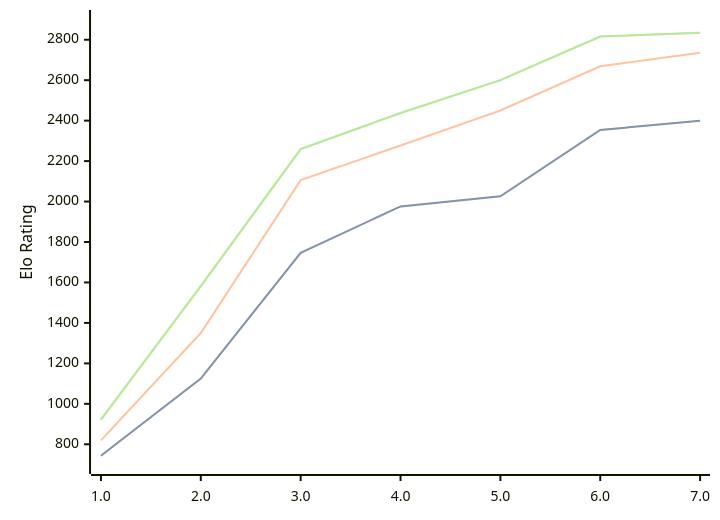
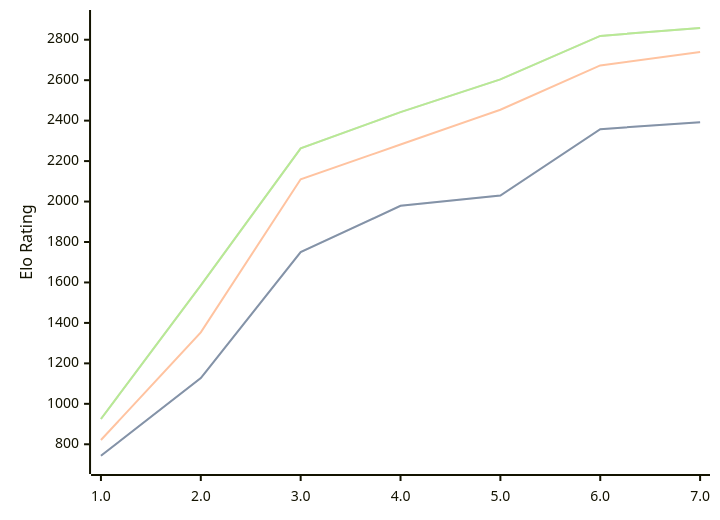
One commit to computer-chess-index/cci changed the diagram in engines/Pea.md. Above: the diagram before and after it, drawn with Mermaid. The commit also changed other lines of this file, not shown here.

Commit message:
Update CCI Ratings (ELO VLTC) - 2026-05-02

````diff
--- a/engines/Pea.md
+++ b/engines/Pea.md
@@ -37,11 +37,11 @@
 ```mermaid
 %%{init: {"theme":"base","themeVariables":{"seriesColors:['#a3a3a3','#222221','#faa371']}}}%%
 xychart-beta
   x-axis ["1.0", "2.0", "3.0", "4.0", "5.0", "6.0", "7.0"]
   y-axis "Elo Rating" 700 --> 2900
-  line "STC (8.0+0.08s)" [743, 1125, 1746, 1976, 2026, 2354, 2399]
-  line "STC (8.0+0.08s)" [743, 1125, 1746, 1976, 2026, 2354, 2399]
-  line "LTC (60.0+0.60s)" [819, 1350, 2106, 2277, 2450, 2669, 2736]
-  line "VLTC (2m24s+1.12s)" [922, 1582, 2259, 2438, 2600, 2816, 2835]
-  line "VLTC (2m24s+1.12s)" [922, 1582, 2259, 2438, 2600, 2816, 2835]
+  line "STC (8.0+0.08s)" [743, 1127, 1750, 1979, 2030, 2358, 2392]
+  line "STC (8.0+0.08s)" [743, 1127, 1750, 1979, 2030, 2358, 2392]
+  line "LTC (60.0+0.60s)" [821, 1353, 2110, 2282, 2454, 2673, 2739]
+  line "VLTC (2m24s+1.12s)" [925, 1586, 2263, 2442, 2604, 2819, 2858]
+  line "VLTC (2m24s+1.12s)" [925, 1586, 2263, 2442, 2604, 2819, 2858]
 ```
````
